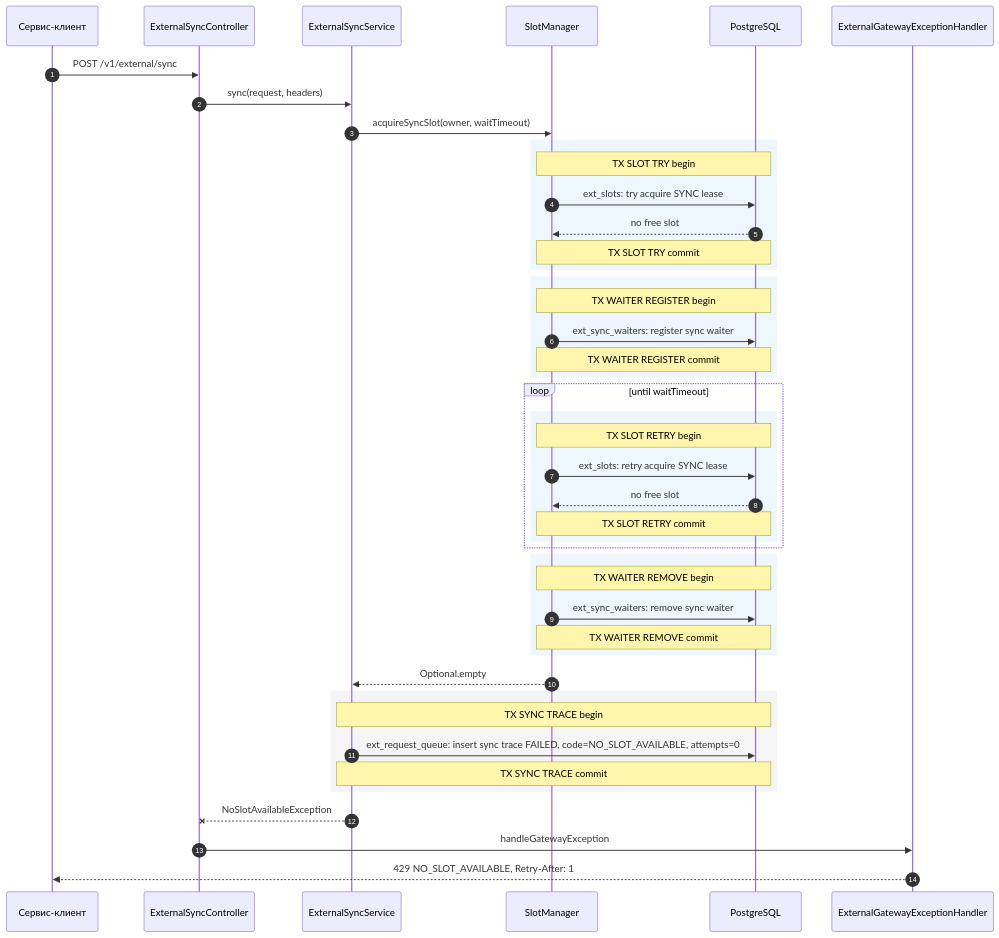
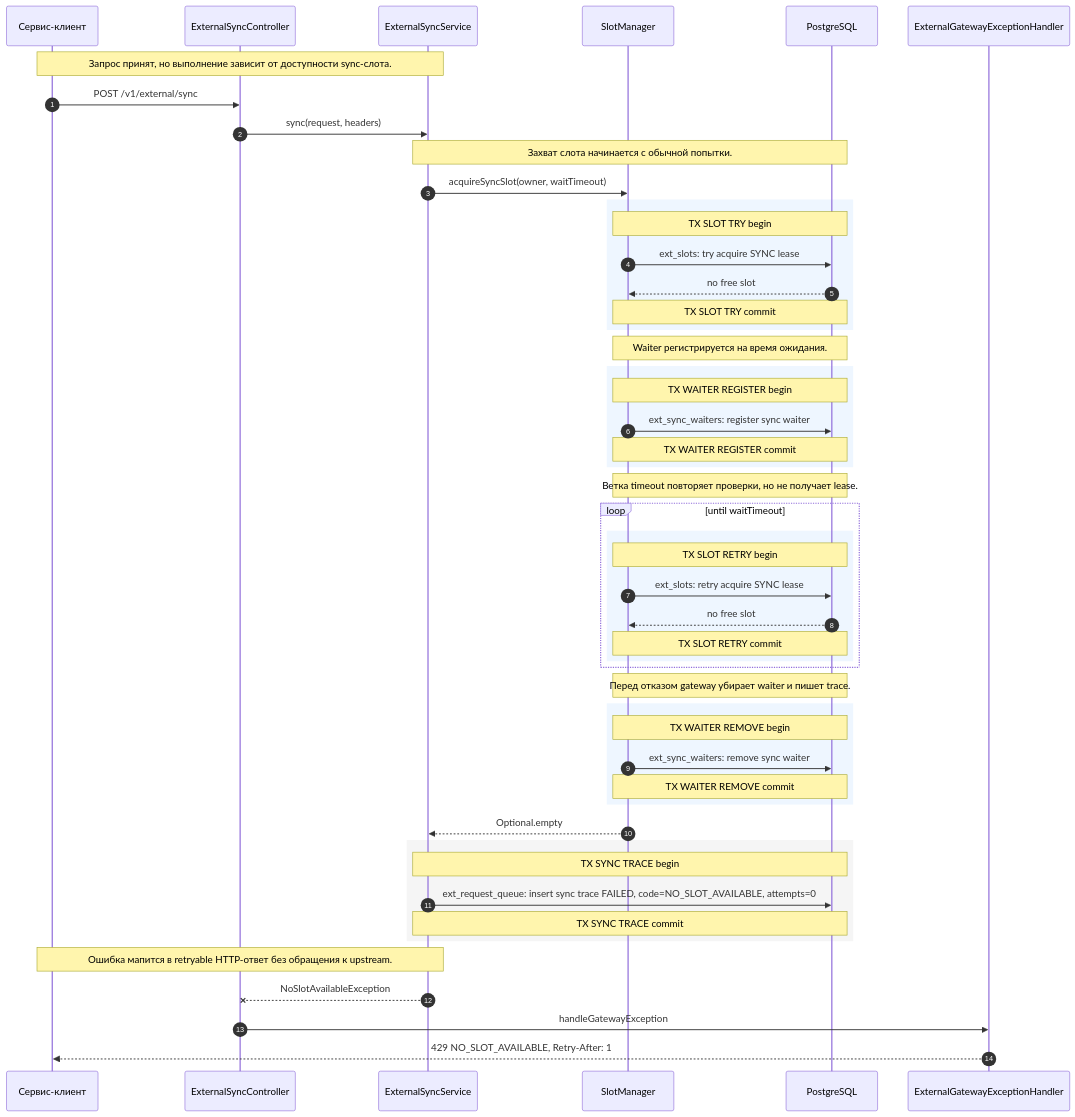
One commit to DenisVanin4402/TestQwenCli changed the fourth of 7 diagrams in docs/external-service-gateway/architecture/05-sequence-sync.md. Above: the diagram before and after it, drawn with Mermaid. The commit also changed other lines of this file and 2 other files, not shown here.

Commit message:
диаграммы обновлены детализацией sequence

````diff
--- a/docs/external-service-gateway/architecture/05-sequence-sync.md
+++ b/docs/external-service-gateway/architecture/05-sequence-sync.md
@@ -178,47 +272,53 @@
 ```mermaid
 sequenceDiagram
     autonumber
     participant Client as Сервис-клиент
     participant API as ExternalSyncController
     participant Sync as ExternalSyncService
     participant Slots as SlotManager
     participant DB as PostgreSQL
     participant Errors as ExternalGatewayExceptionHandler
 
+    Note over Client,Sync: Запрос принят, но выполнение зависит от доступности sync-слота.
     Client->>API: POST /v1/external/sync
     API->>Sync: sync(request, headers)
+    Note over Sync,DB: Захват слота начинается с обычной попытки.
     Sync->>Slots: acquireSyncSlot(owner, waitTimeout)
     rect rgb(238, 246, 255)
         Note over Slots,DB: TX SLOT TRY begin
         Slots->>DB: ext_slots: try acquire SYNC lease
         DB-->>Slots: no free slot
         Note over Slots,DB: TX SLOT TRY commit
     end
+    Note over Slots,DB: Waiter регистрируется на время ожидания.
     rect rgb(238, 246, 255)
         Note over Slots,DB: TX WAITER REGISTER begin
         Slots->>DB: ext_sync_waiters: register sync waiter
         Note over Slots,DB: TX WAITER REGISTER commit
     end
+    Note over Slots,DB: Ветка timeout повторяет проверки, но не получает lease.
     loop until waitTimeout
         rect rgb(238, 246, 255)
             Note over Slots,DB: TX SLOT RETRY begin
             Slots->>DB: ext_slots: retry acquire SYNC lease
             DB-->>Slots: no free slot
             Note over Slots,DB: TX SLOT RETRY commit
         end
     end
+    Note over Slots,DB: Перед отказом gateway убирает waiter и пишет trace.
     rect rgb(238, 246, 255)
         Note over Slots,DB: TX WAITER REMOVE begin
         Slots->>DB: ext_sync_waiters: remove sync waiter
         Note over Slots,DB: TX WAITER REMOVE commit
     end
     Slots-->>Sync: Optional.empty
     rect rgb(245, 245, 245)
         Note over Sync,DB: TX SYNC TRACE begin
         Sync->>DB: ext_request_queue: insert sync trace FAILED, code=NO_SLOT_AVAILABLE, attempts=0
         Note over Sync,DB: TX SYNC TRACE commit
     end
+    Note over Sync,Client: Ошибка мапится в retryable HTTP-ответ без обращения к upstream.
     Sync--xAPI: NoSlotAvailableException
     API->>Errors: handleGatewayException
     Errors-->>Client: 429 NO_SLOT_AVAILABLE, Retry-After: 1
 ```
````
